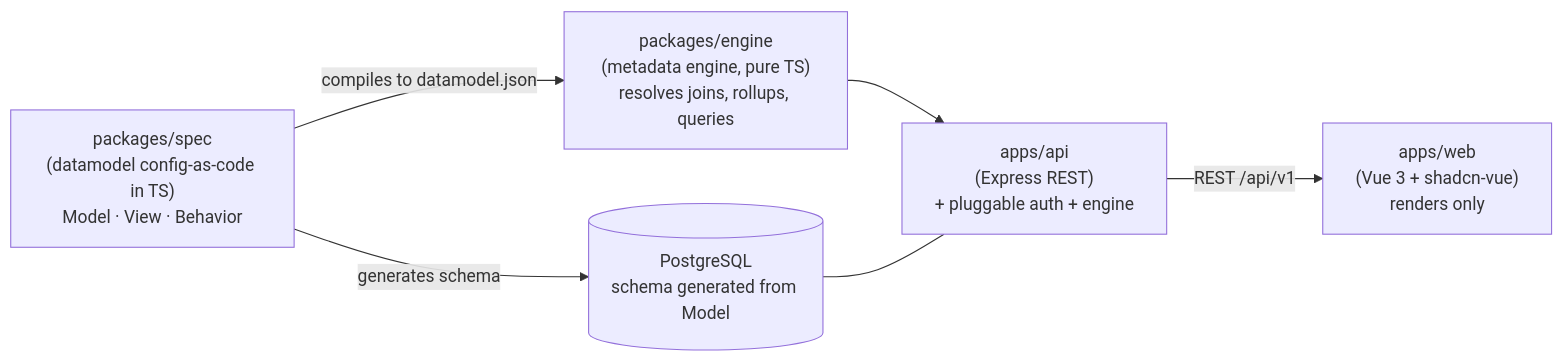
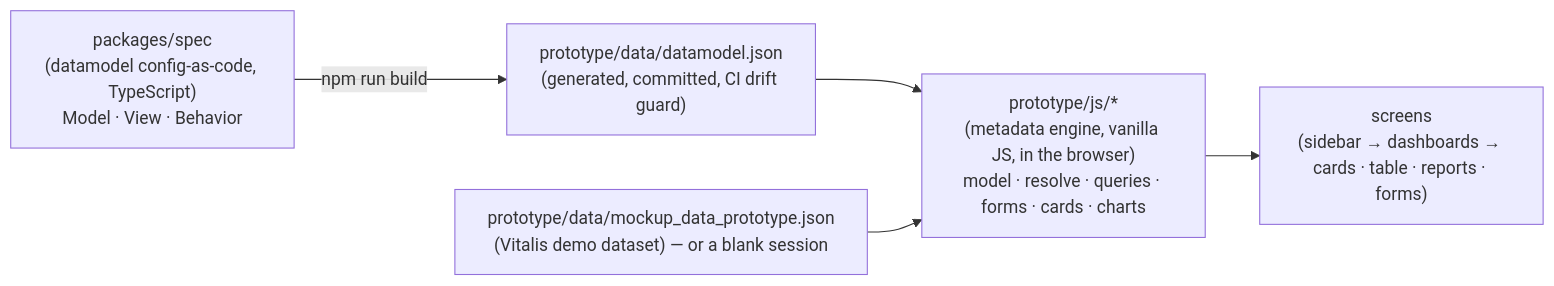
One commit to Neun-Design/Nance changed the diagram in docs/wiki/Architecture-Overview.md. Above: the diagram before and after it, drawn with Mermaid. The commit also changed other lines of this file and 8 other files, not shown here.

````diff
--- a/docs/wiki/Architecture-Overview.md
+++ b/docs/wiki/Architecture-Overview.md
@@ -9,14 +11,11 @@
 ```mermaid
 flowchart LR
-    SPEC["packages/spec\n(datamodel config-as-code in TS)\nModel · View · Behavior"]
-    ENGINE["packages/engine\n(metadata engine, pure TS)\nresolves joins, rollups, queries"]
-    API["apps/api\n(Express REST)\n+ pluggable auth + engine"]
-    DB[("PostgreSQL\nschema generated from Model")]
-    WEB["apps/web\n(Vue 3 + shadcn-vue)\nrenders only"]
+    SPEC["packages/spec\n(datamodel config-as-code, TypeScript)\nModel · View · Behavior"]
+    JSON["prototype/data/datamodel.json\n(generated, committed, CI drift guard)"]
+    ENGINE["prototype/js/*\n(metadata engine, vanilla JS, in the browser)\nmodel · resolve · queries · forms · cards · charts"]
+    DATA["prototype/data/mockup_data_prototype.json\n(Vitalis demo dataset) — or a blank session"]
+    UI["screens\n(sidebar → dashboards → cards · table · reports · forms)"]
 
-    SPEC -->|compiles to datamodel.json| ENGINE
-    SPEC -->|generates schema| DB
-    ENGINE --> API
-    DB --- API
-    API -->|REST /api/v1| WEB
+    SPEC -->|npm run build| JSON --> ENGINE
+    DATA --> ENGINE --> UI
 ```
````
